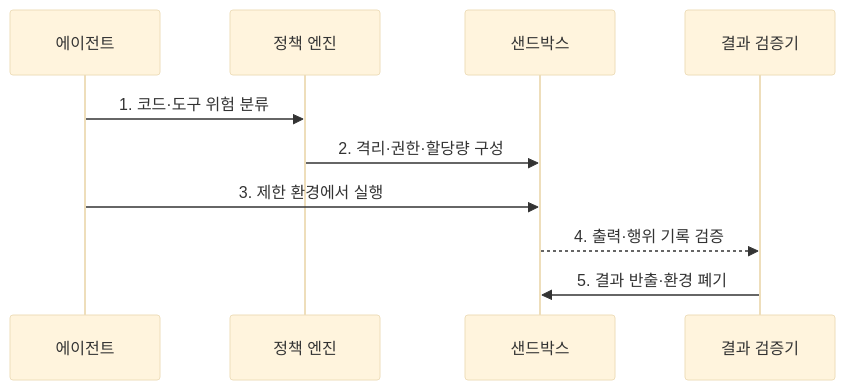
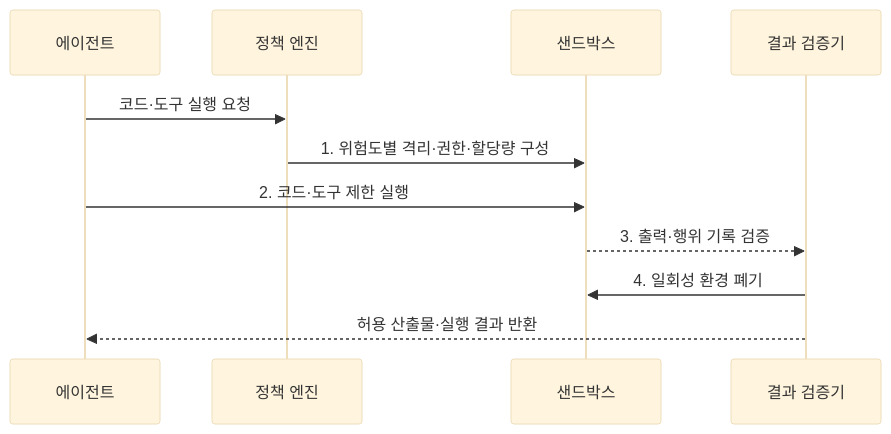
The second of 2 diagrams in src/content/docs/notes/08-latest-tech/020_agent_sandbox.md (agnusdei1207/knowledge-base), drawn with Mermaid (base theme) before and after one commit. The commit also changed other lines of this file and 225 other files, not shown here.

````diff
--- a/src/content/docs/notes/08-latest-tech/020_agent_sandbox.md
+++ b/src/content/docs/notes/08-latest-tech/020_agent_sandbox.md
@@ -76,12 +76,13 @@
 ```mermaid
 sequenceDiagram
     participant A as 에이전트
     participant P as 정책 엔진
     participant S as 샌드박스
     participant V as 결과 검증기
-    A->>P: 1. 코드·도구 위험 분류
-    P->>S: 2. 격리·권한·할당량 구성
-    A->>S: 3. 제한 환경에서 실행
-    S-->>V: 4. 출력·행위 기록 검증
-    V->>S: 5. 결과 반출·환경 폐기
+    A->>P: 코드·도구 실행 요청
+    P->>S: 1. 위험도별 격리·권한·할당량 구성
+    A->>S: 2. 코드·도구 제한 실행
+    S-->>V: 3. 출력·행위 기록 검증
+    V->>S: 4. 일회성 환경 폐기
+    V-->>A: 허용 산출물·실행 결과 반환
 ```
````
